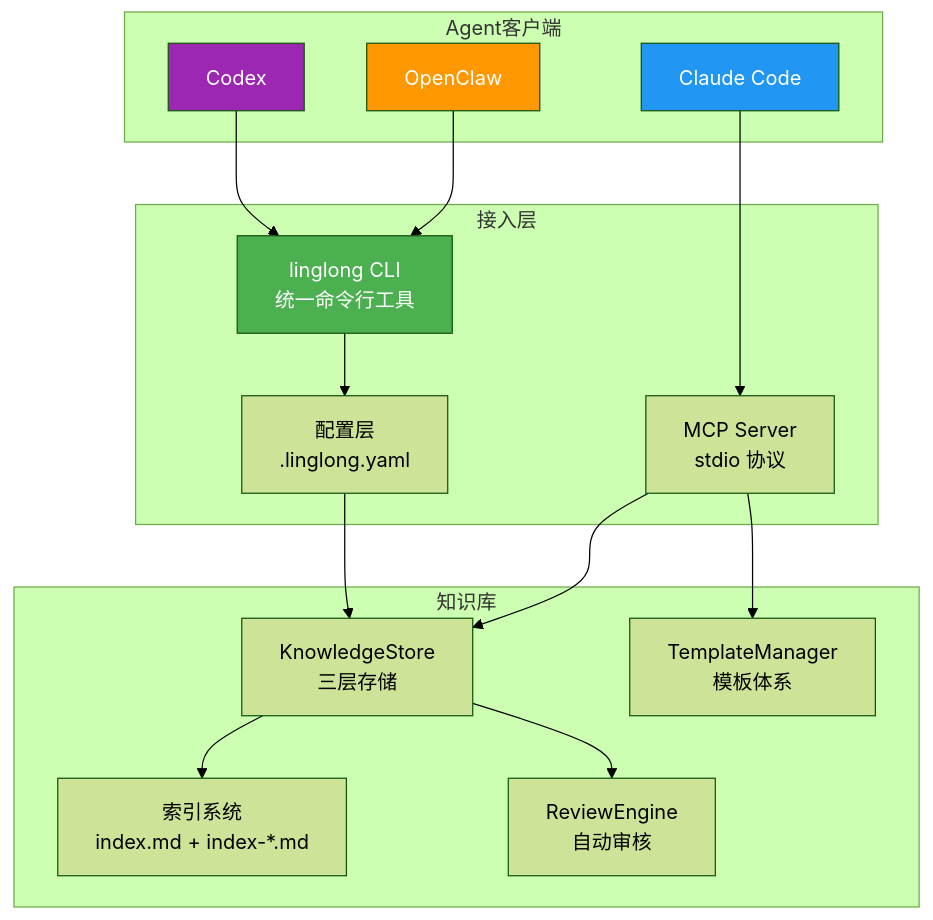
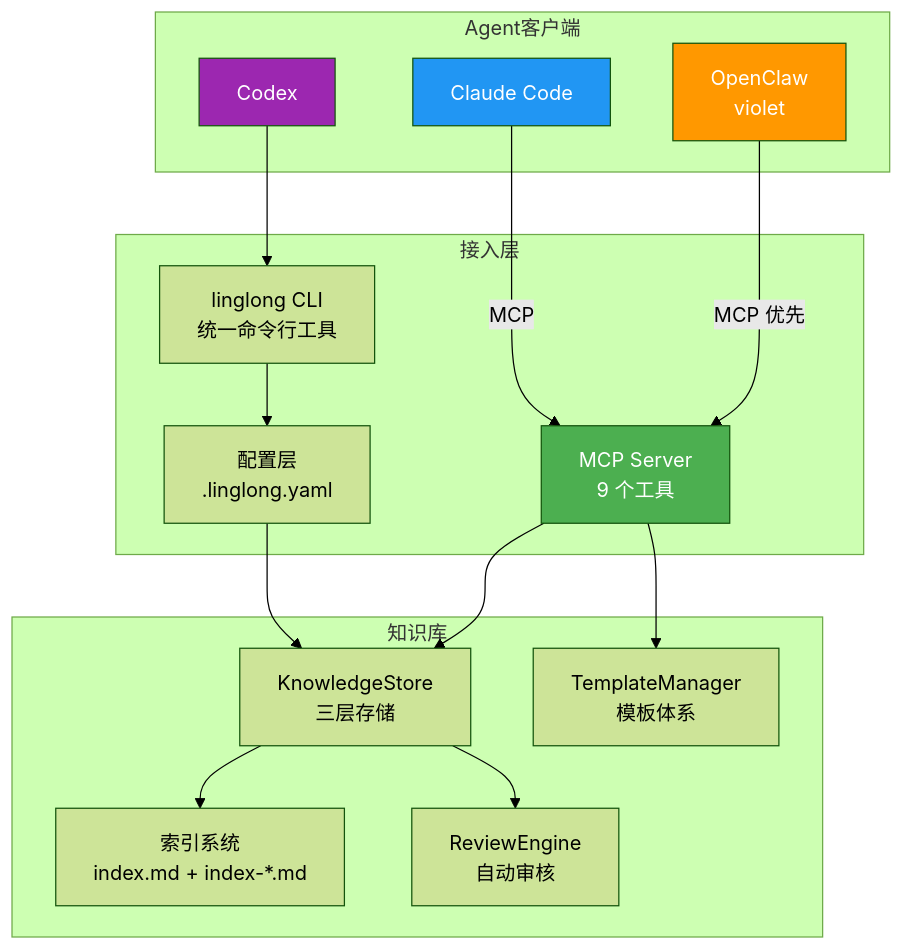
Before and after one commit to xinovate/linglong-knowledge: the first of 2 diagrams in docs/knowledge/design/06-agent-integration.md, drawn with Mermaid (forest theme). The commit also changed other lines of this file and 10 other files, not shown here.

````diff
--- a/docs/knowledge/design/06-agent-integration.md
+++ b/docs/knowledge/design/06-agent-integration.md
@@ -17,36 +29,36 @@
 ```mermaid
 graph TD
     subgraph Agent客户端
-        OC[OpenClaw]
+        OC[OpenClaw<br/>violet]
         CC[Claude Code]
         CX[Codex]
     end
 
     subgraph 接入层
-        MCP[MCP Server<br/>stdio 协议]
+        MCP[MCP Server<br/>9 个工具]
         CLI[linglong CLI<br/>统一命令行工具]
         CONFIG[配置层<br/>.linglong.yaml]
     end
 
     subgraph 知识库
         KS[KnowledgeStore<br/>三层存储]
         IDX[索引系统<br/>index.md + index-*.md]
         REV[ReviewEngine<br/>自动审核]
         TPL[TemplateManager<br/>模板体系]
     end
 
-    OC --> CLI
-    CC --> MCP
+    OC -->|MCP 优先| MCP
+    CC -->|MCP| MCP
     CX --> CLI
     MCP --> KS
     MCP --> TPL
     CLI --> CONFIG
     CONFIG --> KS
     KS --> IDX
     KS --> REV
 
     style OC fill:#FF9800,color:#fff
     style CC fill:#2196F3,color:#fff
     style CX fill:#9C27B0,color:#fff
-    style CLI fill:#4CAF50,color:#fff
+    style MCP fill:#4CAF50,color:#fff
 ```
````
